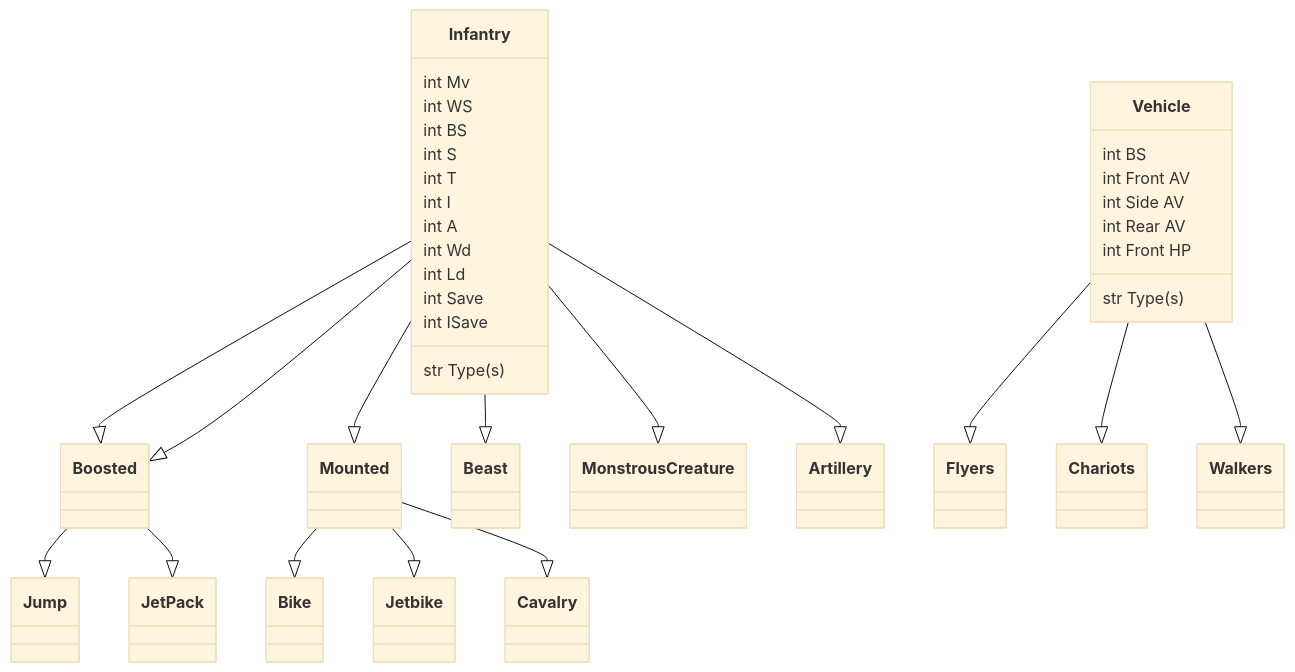
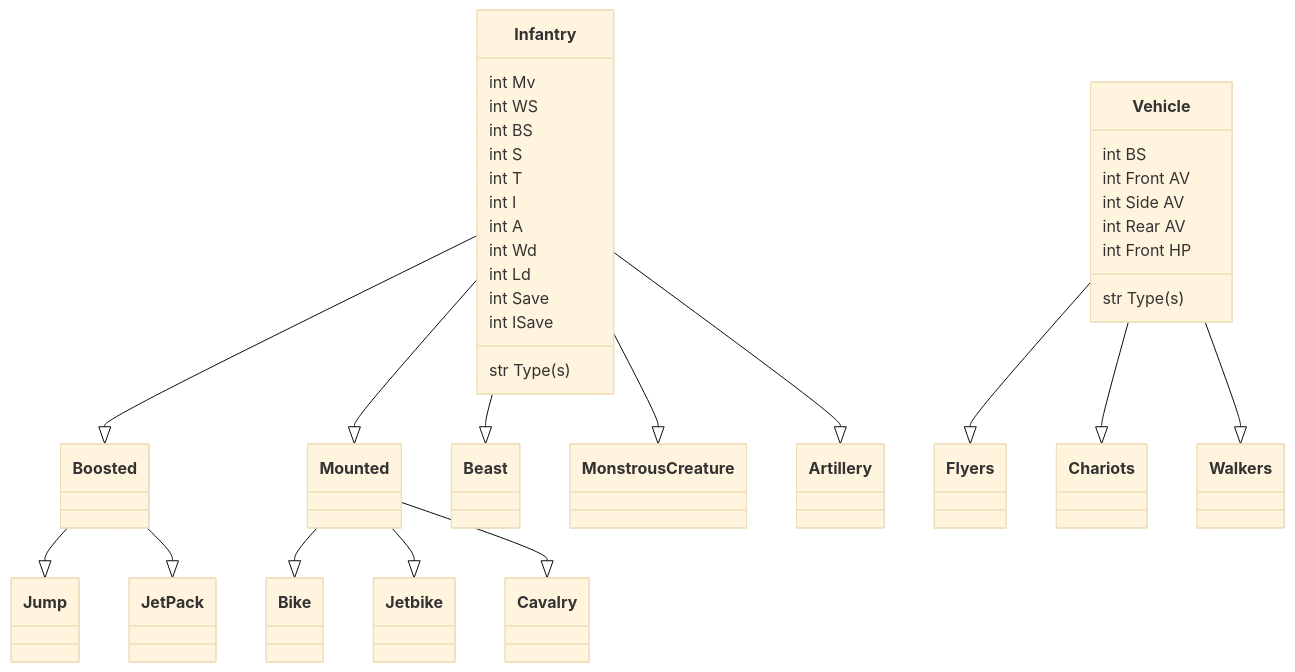
The second of 2 diagrams in ReadMe.md (Argel-Tal/HorusHeresy-1.0-TTAdmiral), drawn with Mermaid (base theme) before and after one commit.

Commit message:
had Boosted there twice

````diff
--- a/ReadMe.md
+++ b/ReadMe.md
@@ -89,35 +89,34 @@
 ```mermaid
 classDiagram
 Infantry --|> Boosted
 Infantry --|> Mounted
 Infantry --|> Beast
-Infantry --|> Boosted
 Infantry --|> Monstrous Creature
 Infantry --|> Artillery
 Boosted --|> Jump
 Boosted --|> Jet Pack
 Mounted --|> Bike
 Mounted --|> Jetbike
 Mounted --|> Cavalry
 Vehicle --|> Flyers
 Vehicle --|> Chariots
 Vehicle --|> Walkers
 Infantry : int Mv
 Infantry : int WS
 Infantry : int BS
 Infantry : int S
 Infantry : int T
 Infantry : int I
 Infantry : int A
 Infantry : int Wd
 Infantry : int Ld
 Infantry : int Save
 Infantry : int ISave
 Infantry : str Type(s)
 Vehicle : int BS
 Vehicle : int Front AV
 Vehicle : int Side AV
 Vehicle : int Rear AV
 Vehicle : int Front HP
 Vehicle : str Type(s)
 ```
````
